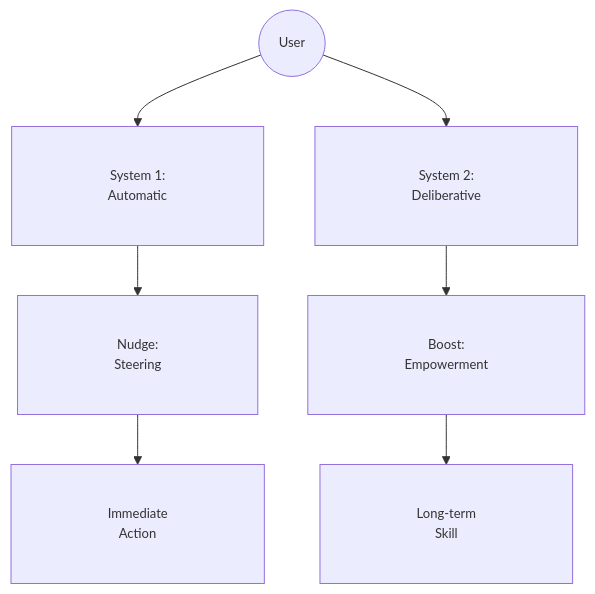
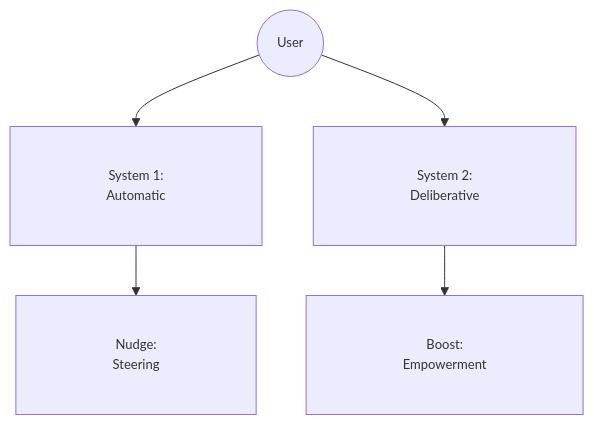
One commit to GM024/CourseSummaries changed the fourth of 7 diagrams in Communication_Influence/Mastery_Guide_SOW_BS033.md. Above: the diagram before and after it, drawn with Mermaid. The commit also changed other lines of this file, not shown here.

````diff
--- a/Communication_Influence/Mastery_Guide_SOW_BS033.md
+++ b/Communication_Influence/Mastery_Guide_SOW_BS033.md
@@ -124,10 +140,8 @@
 ```mermaid
 %%{init: {'flowchart': {'padding': 40}, 'themeVariables': { 'fontSize': '13px' }}}%%
 graph TD
     User((User)) --> S1["&nbsp;&nbsp;&nbsp;&nbsp; System 1: &nbsp;&nbsp;&nbsp;&nbsp;<br/>&nbsp;&nbsp;&nbsp;&nbsp; Automatic &nbsp;&nbsp;&nbsp;&nbsp;"]
     User --> S2["&nbsp;&nbsp;&nbsp;&nbsp; System 2: &nbsp;&nbsp;&nbsp;&nbsp;<br/>&nbsp;&nbsp;&nbsp;&nbsp; Deliberative &nbsp;&nbsp;&nbsp;&nbsp;"]
     S1 --> Nudge["&nbsp;&nbsp;&nbsp;&nbsp; Nudge: &nbsp;&nbsp;&nbsp;&nbsp;<br/>&nbsp;&nbsp;&nbsp;&nbsp; Steering &nbsp;&nbsp;&nbsp;&nbsp;"]
     S2 --> Boost["&nbsp;&nbsp;&nbsp;&nbsp; Boost: &nbsp;&nbsp;&nbsp;&nbsp;<br/>&nbsp;&nbsp;&nbsp;&nbsp; Empowerment &nbsp;&nbsp;&nbsp;&nbsp;"]
-    Nudge --> Behavior["&nbsp;&nbsp;&nbsp;&nbsp; Immediate &nbsp;&nbsp;&nbsp;&nbsp;<br/>&nbsp;&nbsp;&nbsp;&nbsp; Action &nbsp;&nbsp;&nbsp;&nbsp;"]
-    Boost --> Competence["&nbsp;&nbsp;&nbsp;&nbsp; Long-term &nbsp;&nbsp;&nbsp;&nbsp;<br/>&nbsp;&nbsp;&nbsp;&nbsp; Skill &nbsp;&nbsp;&nbsp;&nbsp;"]
 ```
````
